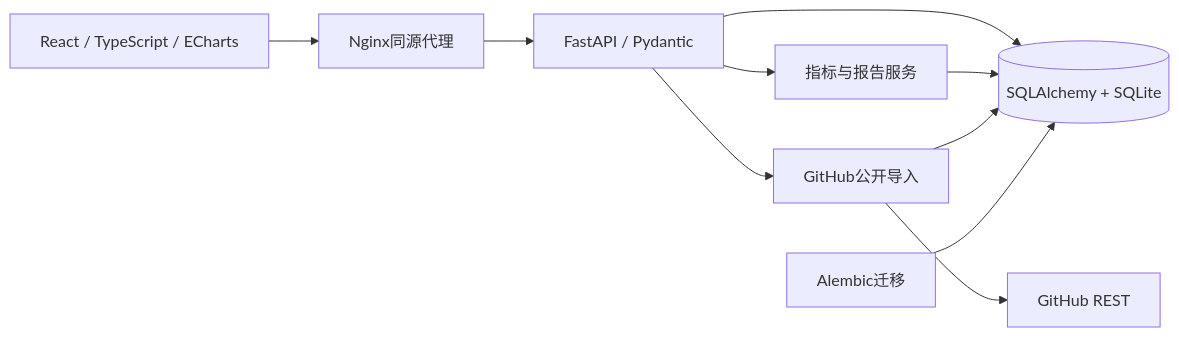
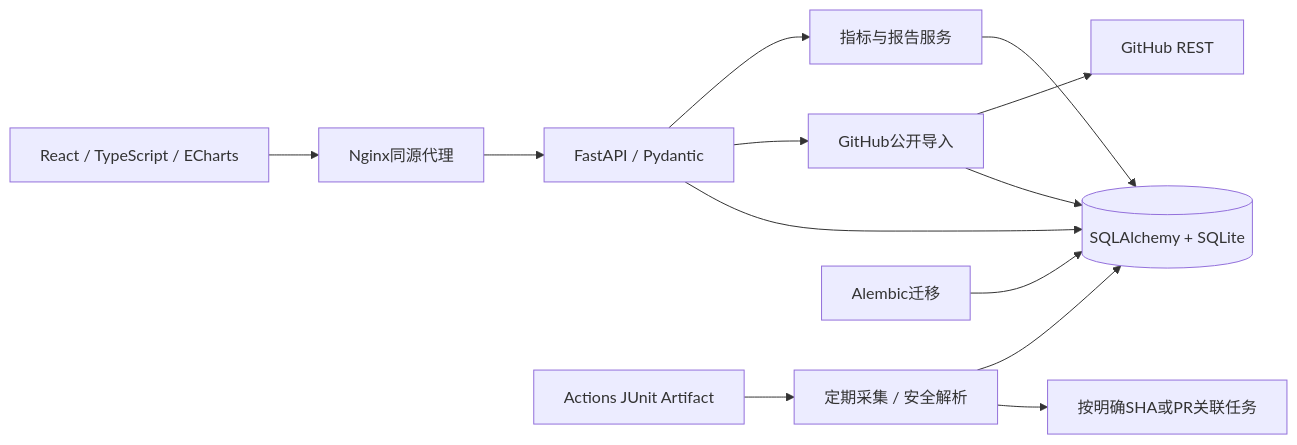
Before and after one commit to xxu94420-commits/devflow-ai: the diagram in README.md, drawn with Mermaid. The commit also changed other lines of this file and 10 other files, not shown here.

````diff
--- a/README.md
+++ b/README.md
@@ -33,12 +33,15 @@
 ```mermaid
 flowchart LR
   UI[React / TypeScript / ECharts] --> N[Nginx同源代理]
   N --> A[FastAPI / Pydantic]
   A --> M[指标与报告服务]
   A --> G[GitHub公开导入]
   G --> GH[GitHub REST]
+  CI[Actions JUnit Artifact] --> C[定期采集 / 安全解析]
+  C --> DB
+  C --> T[按明确SHA或PR关联任务]
   A --> DB[(SQLAlchemy + SQLite)]
   M --> DB
   G --> DB
   AL[Alembic迁移] --> DB
 ```
````
